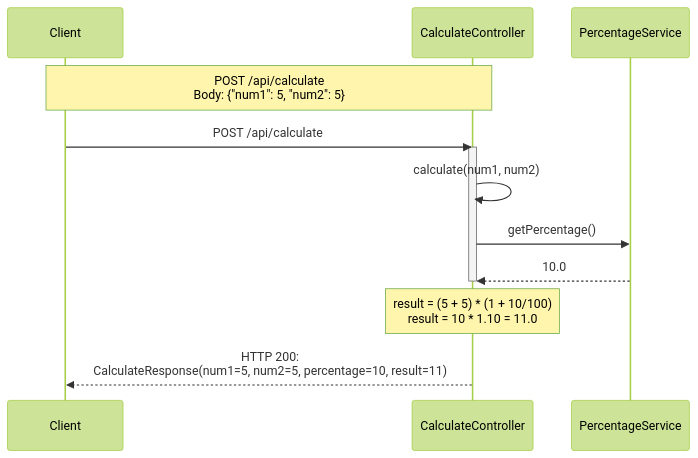
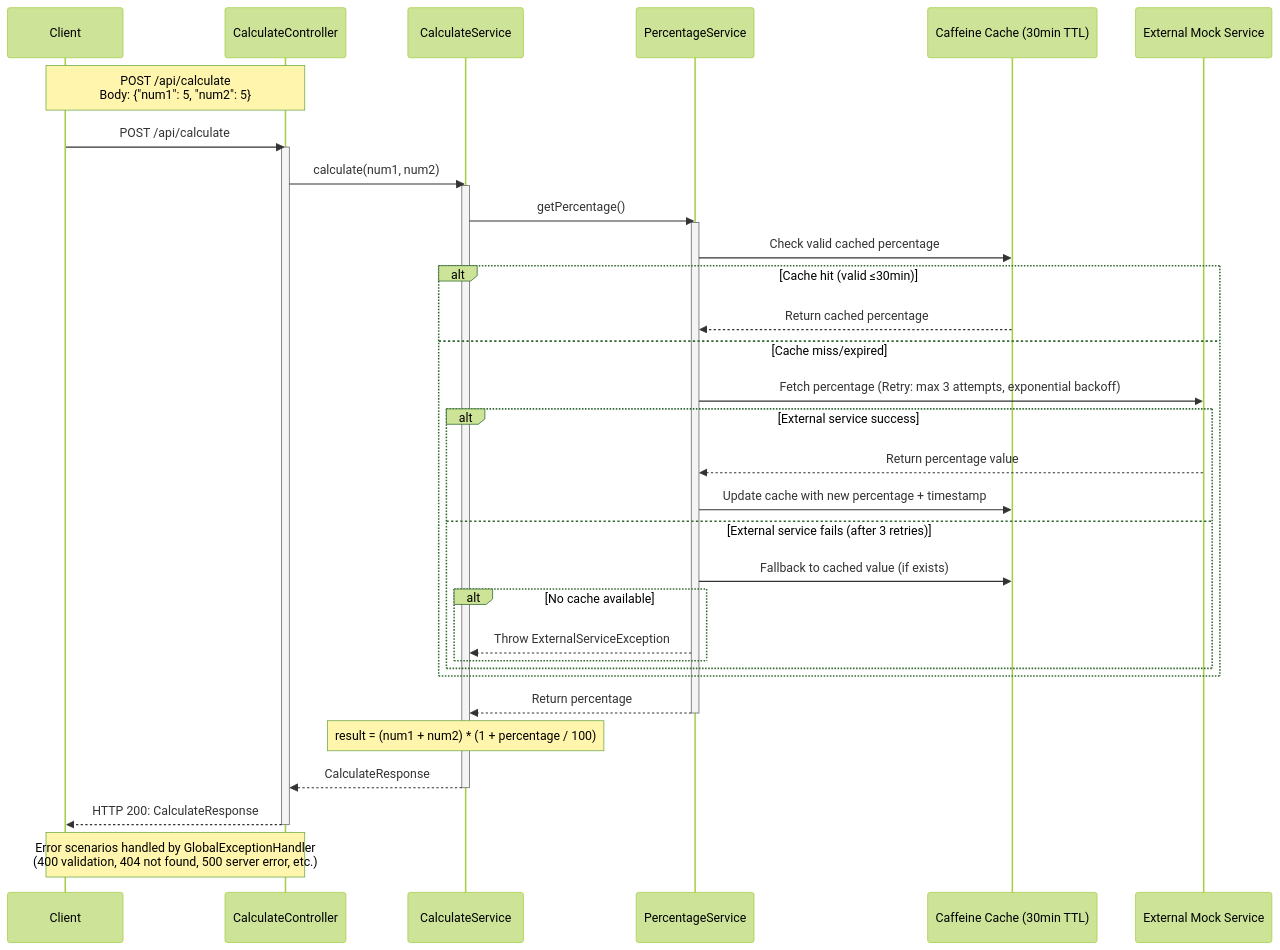
Before and after one commit to Jim-Dev/tenpo-challenge: the diagram in README.md, drawn with Mermaid (forest theme). The commit also changed other lines of this file and 1 other file, not shown here.

````diff
--- a/README.md
+++ b/README.md
@@ -2,21 +4,42 @@
 ```mermaid
 sequenceDiagram
     participant Client
     participant API as CalculateController
-    participant Calc as PercentageService
+    participant CalcSvc as CalculateService
+    participant PctSvc as PercentageService
+    participant Cache as Caffeine Cache (30min TTL)
+    participant ExtSvc as External Mock Service
 
     Note over Client,API: POST /api/calculate<br/>Body: {"num1": 5, "num2": 5}
 
     Client->>API: POST /api/calculate
     activate API
-    API->>API: calculate(num1, num2)
-    API->>Calc: getPercentage()
-    Calc-->>API: 10.0
+    API->>CalcSvc: calculate(num1, num2)
+    activate CalcSvc
+    CalcSvc->>PctSvc: getPercentage()
+    activate PctSvc
+    PctSvc->>Cache: Check valid cached percentage
+    alt Cache hit (valid ≤30min)
+        Cache-->>PctSvc: Return cached percentage
+    else Cache miss/expired
+        PctSvc->>ExtSvc: Fetch percentage (Retry: max 3 attempts, exponential backoff)
+        alt External service success
+            ExtSvc-->>PctSvc: Return percentage value
+            PctSvc->>Cache: Update cache with new percentage + timestamp
+        else External service fails (after 3 retries)
+            PctSvc->>Cache: Fallback to cached value (if exists)
+            alt No cache available
+                PctSvc-->>CalcSvc: Throw ExternalServiceException
+            end
+        end
+    end
+    PctSvc-->>CalcSvc: Return percentage
+    deactivate PctSvc
+    Note over CalcSvc: result = (num1 + num2) * (1 + percentage / 100)
+    CalcSvc-->>API: CalculateResponse
+    deactivate CalcSvc
+    API-->>Client: HTTP 200: CalculateResponse
     deactivate API
 
-    Note over API: result = (5 + 5) * (1 + 10/100)<br/>result = 10 * 1.10 = 11.0
-
-    API-->>Client: HTTP 200: <br>CalculateResponse(num1=5, num2=5, percentage=10, result=11)
-
-
+    Note over Client,API: Error scenarios handled by GlobalExceptionHandler<br/>(400 validation, 404 not found, 500 server error, etc.)
 ```
````
